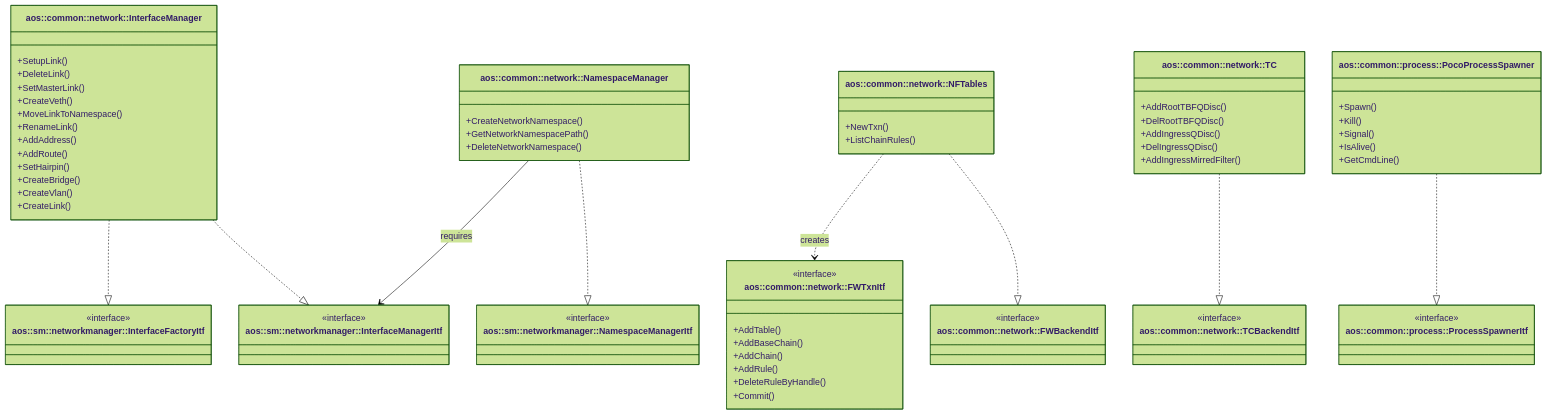
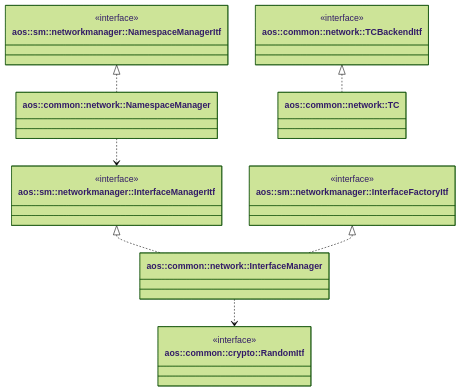
Before and after one commit to MykolaSuperman/aos_core_cpp: the diagram in src/common/network/network.md, drawn with Mermaid (forest theme). The commit also changed other lines of this file, not shown here.

Commit message:
common: network: update documentation according to implementation

````diff
--- a/src/common/network/network.md
+++ b/src/common/network/network.md
@@ -30,87 +31,36 @@
 ```mermaid
 classDiagram
-    class InterfaceManager["aos::common::network::InterfaceManager"] {
-        +SetupLink()
-        +DeleteLink()
-        +SetMasterLink()
-        +CreateVeth()
-        +MoveLinkToNamespace()
-        +RenameLink()
-        +AddAddress()
-        +AddRoute()
-        +SetHairpin()
-        +CreateBridge()
-        +CreateVlan()
-        +CreateLink()
+    direction TB
+
+    class InterfaceManagerItf ["aos::sm::networkmanager::InterfaceManagerItf"] {
+        <<interface>>
     }
-
-    class InterfaceManagerItf["aos::sm::networkmanager::InterfaceManagerItf"] {
+    class InterfaceFactoryItf ["aos::sm::networkmanager::InterfaceFactoryItf"] {
+        <<interface>>
+    }
+    class NamespaceManagerItf ["aos::sm::networkmanager::NamespaceManagerItf"] {
+        <<interface>>
+    }
+    class TCBackendItf ["aos::common::network::TCBackendItf"] {
         <<interface>>
     }
 
-    class InterfaceFactoryItf["aos::sm::networkmanager::InterfaceFactoryItf"] {
+    class InterfaceManager ["aos::common::network::InterfaceManager"] {
+    }
+    class NamespaceManager ["aos::common::network::NamespaceManager"] {
+    }
+    class TC ["aos::common::network::TC"] {
+    }
+
+    class RandomItf ["aos::common::crypto::RandomItf"] {
         <<interface>>
     }
 
-    class NamespaceManager["aos::common::network::NamespaceManager"] {
-        +CreateNetworkNamespace()
-        +GetNetworkNamespacePath()
-        +DeleteNetworkNamespace()
-    }
+    InterfaceManagerItf <|.. InterfaceManager
+    InterfaceFactoryItf <|.. InterfaceManager
+    NamespaceManagerItf <|.. NamespaceManager
+    TCBackendItf <|.. TC
 
-    class NamespaceManagerItf["aos::sm::networkmanager::NamespaceManagerItf"] {
-        <<interface>>
-    }
-
-    class NFTables["aos::common::network::NFTables"] {
-        +NewTxn()
-        +ListChainRules()
-    }
-
-    class FWBackendItf["aos::common::network::FWBackendItf"] {
-        <<interface>>
-    }
-
-    class FWTxnItf["aos::common::network::FWTxnItf"] {
-        <<interface>>
-        +AddTable()
-        +AddBaseChain()
-        +AddChain()
-        +AddRule()
-        +DeleteRuleByHandle()
-        +Commit()
-    }
-
-    class TC["aos::common::network::TC"] {
-        +AddRootTBFQDisc()
-        +DelRootTBFQDisc()
-        +AddIngressQDisc()
-        +DelIngressQDisc()
-        +AddIngressMirredFilter()
-    }
-
-    class TCBackendItf["aos::common::network::TCBackendItf"] {
-        <<interface>>
-    }
-
-    class PocoProcessSpawner["aos::common::process::PocoProcessSpawner"] {
-        +Spawn()
-        +Kill()
-        +Signal()
-        +IsAlive()
-        +GetCmdLine()
-    }
-
-    class ProcessSpawnerItf["aos::common::process::ProcessSpawnerItf"] {
-        <<interface>>
-    }
-
-    InterfaceManager ..|> InterfaceManagerItf
-    InterfaceManager ..|> InterfaceFactoryItf
-    NamespaceManager ..|> NamespaceManagerItf
-    NamespaceManager --> InterfaceManagerItf : requires
-    NFTables ..|> FWBackendItf
-    NFTables ..> FWTxnItf : creates
-    TC ..|> TCBackendItf
-    PocoProcessSpawner ..|> ProcessSpawnerItf
+    InterfaceManager ..> RandomItf
+    NamespaceManager ..> InterfaceManagerItf
 ```
````
